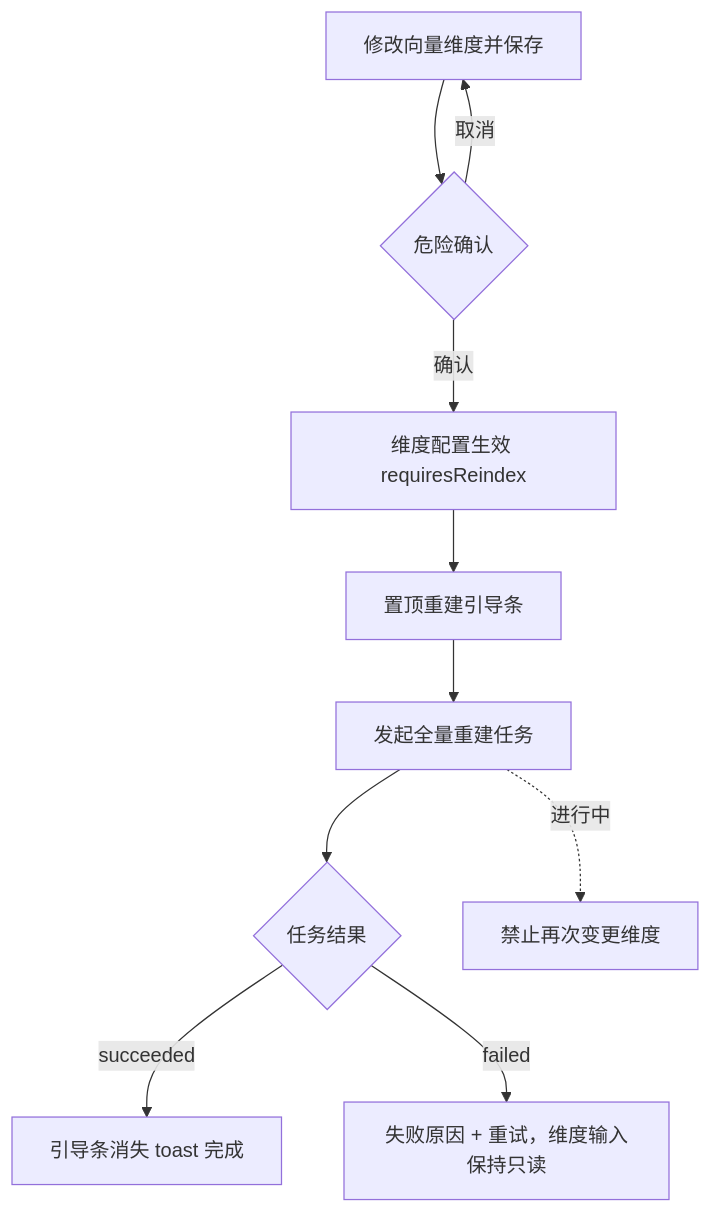
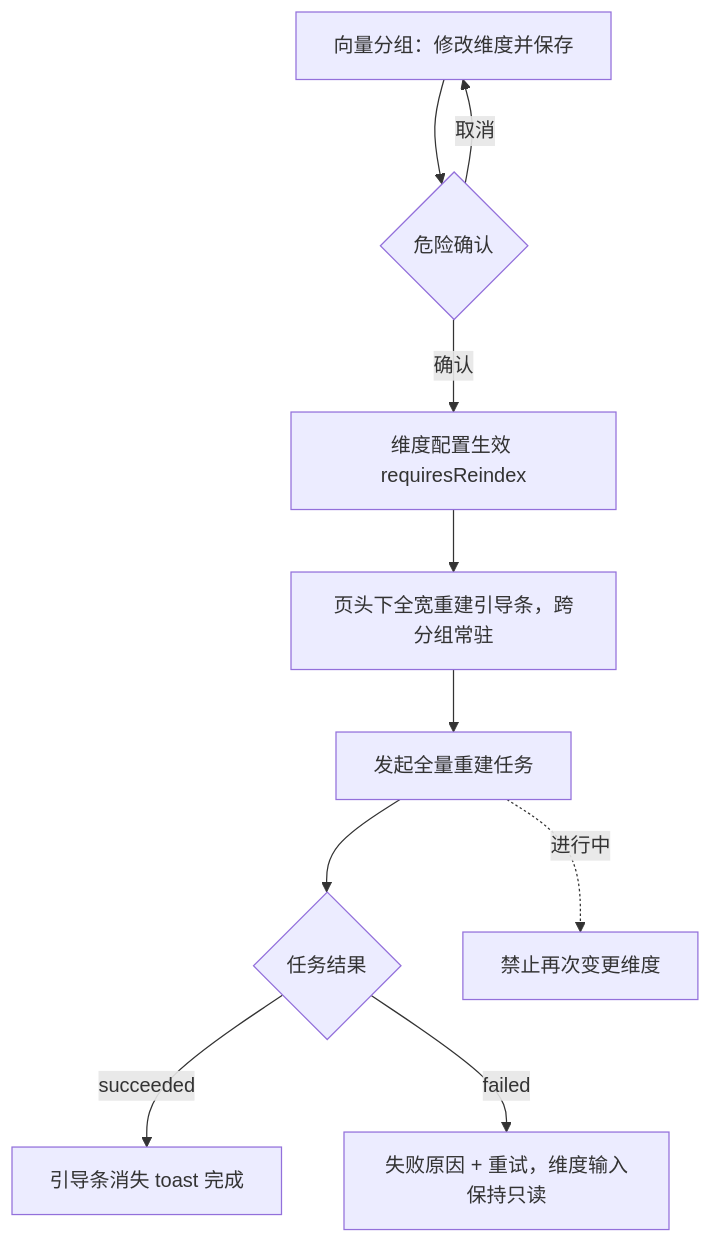
The first of 2 diagrams in docs/05-interaction-design/07-ai-capability/02-ai-admin-ui.md (XiaoMiSum/robotest), drawn with Mermaid before and after one commit. The commit also changed other lines of this file and 1 other file, not shown here.

````diff
--- a/docs/05-interaction-design/07-ai-capability/02-ai-admin-ui.md
+++ b/docs/05-interaction-design/07-ai-capability/02-ai-admin-ui.md
@@ -97,12 +117,12 @@
 ```mermaid
 flowchart TD
-  A[修改向量维度并保存] --> B{危险确认}
+  A[向量分组：修改维度并保存] --> B{危险确认}
   B -- 取消 --> A
   B -- 确认 --> C[维度配置生效 requiresReindex]
-  C --> D[置顶重建引导条]
+  C --> D[页头下全宽重建引导条，跨分组常驻]
   D --> E[发起全量重建任务]
   E --> F{任务结果}
   F -- succeeded --> G[引导条消失 toast 完成]
   F -- failed --> H[失败原因 + 重试，维度输入保持只读]
   E -. 进行中 .-> I[禁止再次变更维度]
 ```
````
